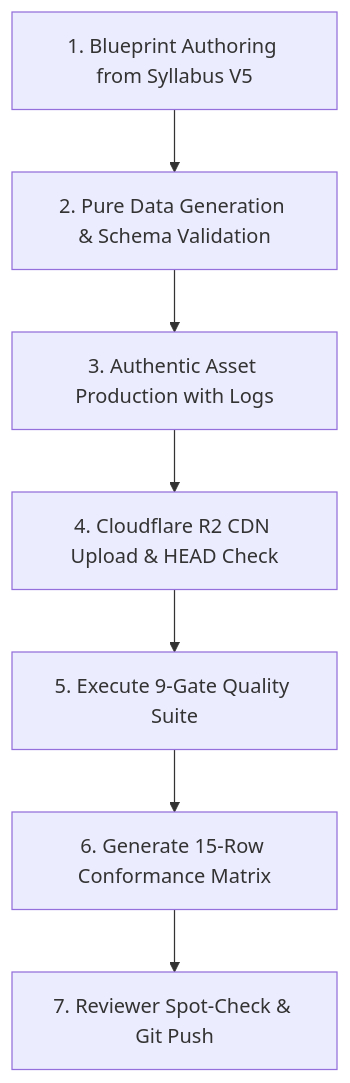
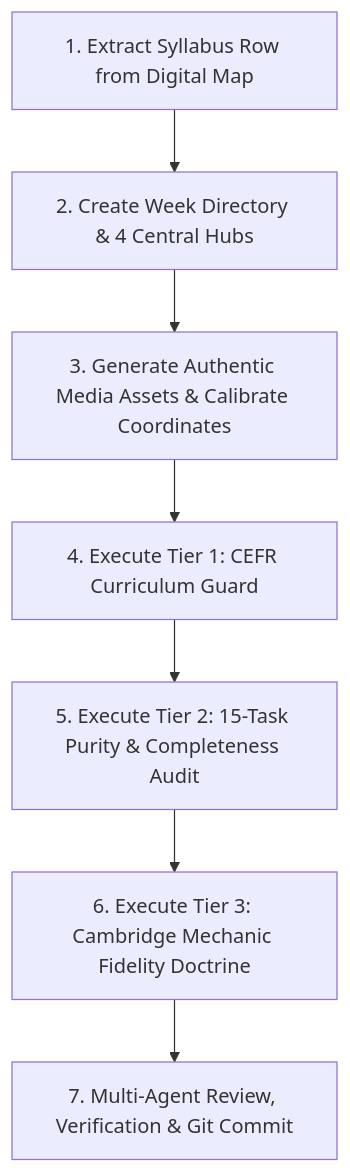
The diagram in docs/WEEK_PRODUCTION_SOP.md (Binh3ks/enquest3k.copilot), drawn with Mermaid before and after one commit. The commit also changed other lines of this file and 8 other files, not shown here.

First line of the commit message:
feat(curriculum): master architecture W01-156, digital syllabus bridge map, and SOP v2.0

````diff
--- a/docs/WEEK_PRODUCTION_SOP.md
+++ b/docs/WEEK_PRODUCTION_SOP.md
@@ -12,9 +108,9 @@
 ```mermaid
 graph TD
-    Step1[1. Blueprint Authoring from Syllabus V5] --> Step2[2. Pure Data Generation & Schema Validation]
-    Step2 --> Step3[3. Authentic Asset Production with Logs]
-    Step3 --> Step4[4. Cloudflare R2 CDN Upload & HEAD Check]
-    Step4 --> Step5[5. Execute 9-Gate Quality Suite]
-    Step5 --> Step6[6. Generate 15-Row Conformance Matrix]
-    Step6 --> Step7[7. Reviewer Spot-Check & Git Push]
+    Step1[1. Extract Syllabus Row from Digital Map] --> Step2[2. Create Week Directory & 4 Central Hubs]
+    Step2 --> Step3[3. Generate Authentic Media Assets & Calibrate Coordinates]
+    Step3 --> Step4[4. Execute Tier 1: CEFR Curriculum Guard]
+    Step4 --> Step5[5. Execute Tier 2: 15-Task Purity & Completeness Audit]
+    Step5 --> Step6[6. Execute Tier 3: Cambridge Mechanic Fidelity Doctrine]
+    Step6 --> Step7[7. Multi-Agent Review, Verification & Git Commit]
 ```
````
